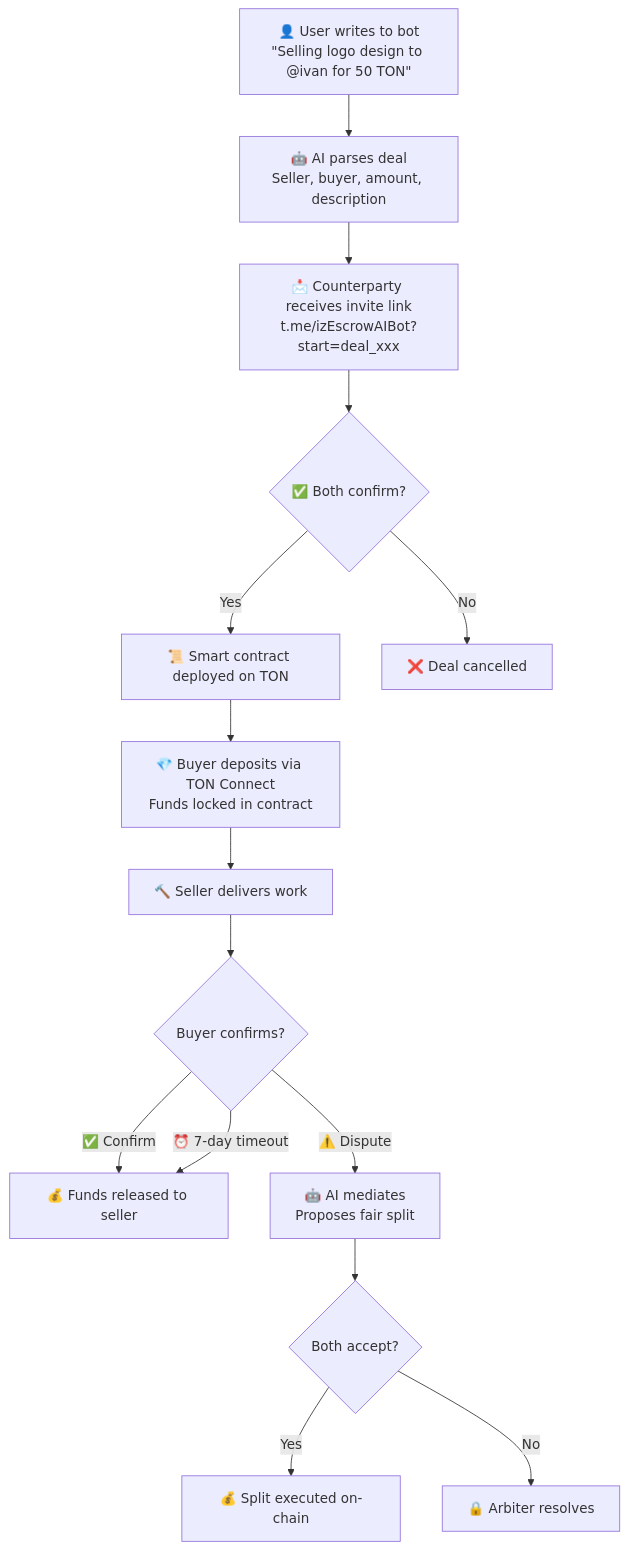
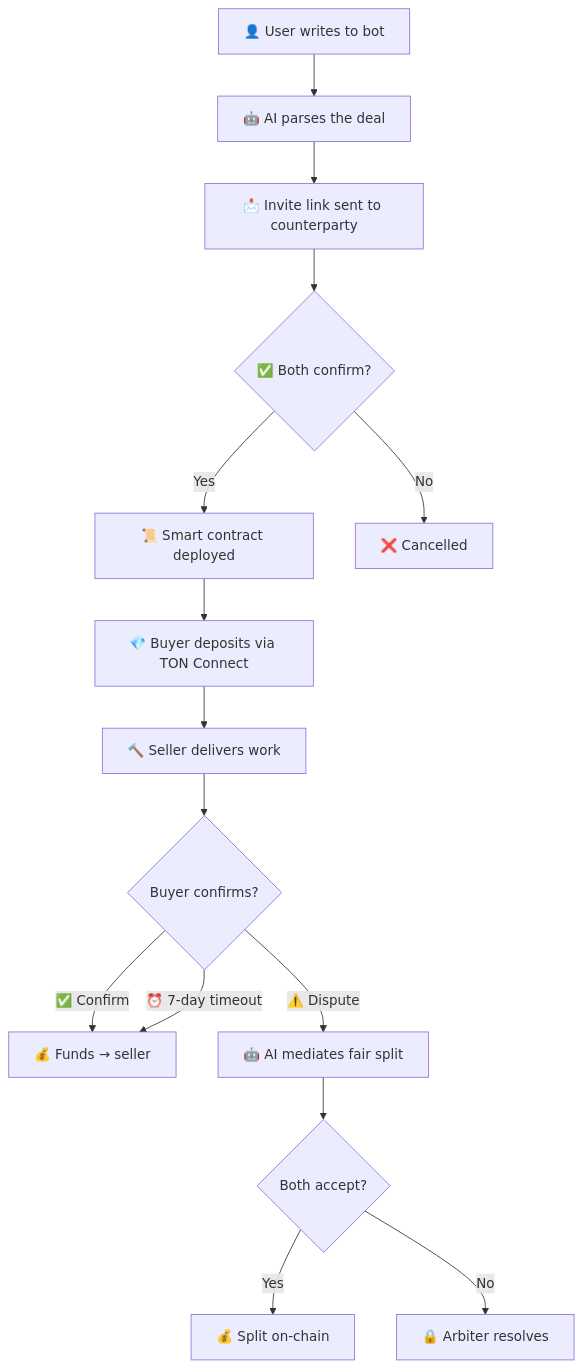
One commit to izzzzzi/izEscrowAI changed the first of 3 diagrams in README.md. Above: the diagram before and after it, drawn with Mermaid.

Commit message:
Fix mermaid: remove unsupported newlines in node labels

````diff
--- a/README.md
+++ b/README.md
@@ -13,17 +13,17 @@
 ```mermaid
 flowchart TD
-    A["👤 User writes to bot\n&quot;Selling logo design to @ivan for 50 TON&quot;"] --> B["🤖 AI parses deal\nSeller, buyer, amount, description"]
-    B --> C["📩 Counterparty receives invite link\nt.me/izEscrowAIBot?start=deal_xxx"]
+    A["👤 User writes to bot"] --> B["🤖 AI parses the deal"]
+    B --> C["📩 Invite link sent to counterparty"]
     C --> D{"✅ Both confirm?"}
-    D -- Yes --> E["📜 Smart contract deployed on TON"]
-    D -- No --> X1["❌ Deal cancelled"]
-    E --> F["💎 Buyer deposits via TON Connect\nFunds locked in contract"]
+    D -- Yes --> E["📜 Smart contract deployed"]
+    D -- No --> X1["❌ Cancelled"]
+    E --> F["💎 Buyer deposits via TON Connect"]
     F --> G["🔨 Seller delivers work"]
     G --> H{"Buyer confirms?"}
-    H -- "✅ Confirm" --> I["💰 Funds released to seller"]
-    H -- "⚠️ Dispute" --> J["🤖 AI mediates\nProposes fair split"]
+    H -- "✅ Confirm" --> I["💰 Funds → seller"]
+    H -- "⚠️ Dispute" --> J["🤖 AI mediates fair split"]
     H -- "⏰ 7-day timeout" --> I
     J --> K{"Both accept?"}
-    K -- Yes --> L["💰 Split executed on-chain"]
+    K -- Yes --> L["💰 Split on-chain"]
     K -- No --> M["🔒 Arbiter resolves"]
 ```
````
